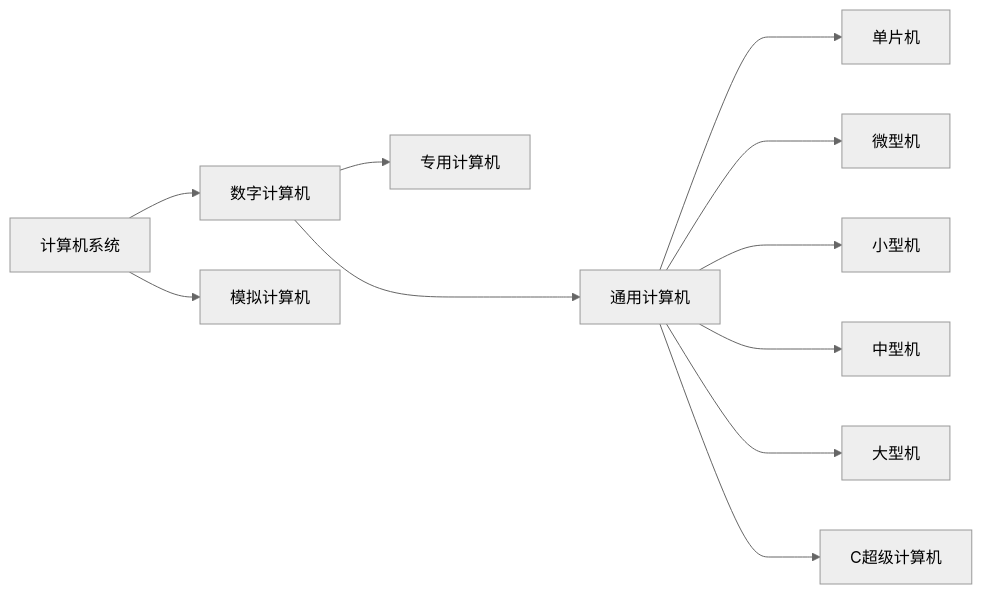
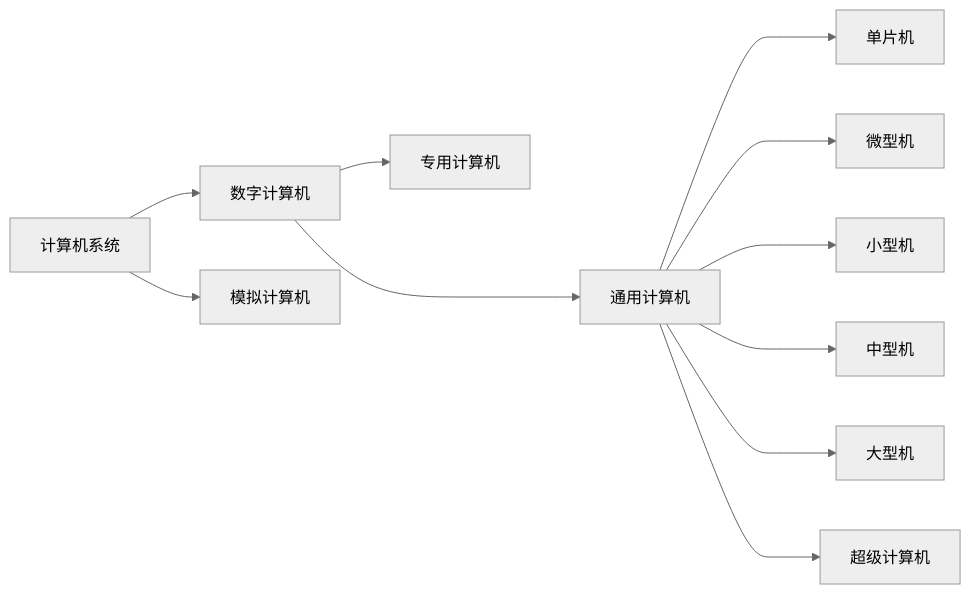
Before and after one commit to MzjHarley/ComputerCompositionPrinciple: the first of 2 diagrams in 计算机组成原理概述.md, drawn with Mermaid (neutral theme). The commit also changed other lines of this file, not shown here.

````diff
--- a/计算机组成原理概述.md
+++ b/计算机组成原理概述.md
@@ -23,13 +23,13 @@
 ```mermaid
 graph LR
 A[计算机系统] -->B[数字计算机]
 A[计算机系统] -->C[模拟计算机]
 B -->D[专用计算机]
 B --->E[通用计算机]
 E --->F[单片机]
 E --->G[微型机]
 E --->H[小型机]
 E --->I[中型机]
 E --->J[大型机]
-E --->K[C超级计算机]
+E --->K[超级计算机]
 ```
````
